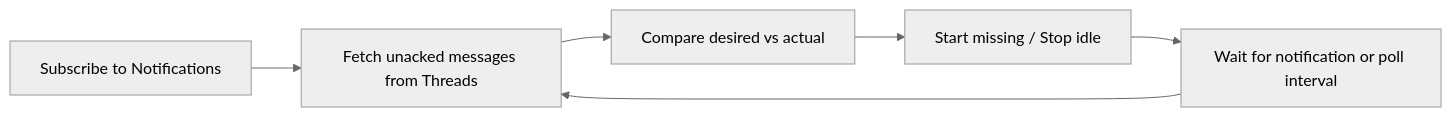
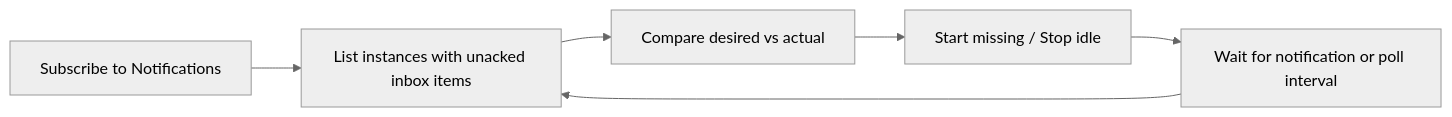
One commit to agynio/architecture changed the second of 4 diagrams in architecture/agents-orchestrator.md. Above: the diagram before and after it, drawn with Mermaid (neutral theme). The commit also changed other lines of this file and 10 other files, not shown here.

````diff
--- a/architecture/agents-orchestrator.md
+++ b/architecture/agents-orchestrator.md
@@ -50,8 +50,8 @@
 ```mermaid
 graph LR
-    Subscribe[Subscribe to Notifications] --> Fetch[Fetch unacked messages from Threads]
+    Subscribe[Subscribe to Notifications] --> Fetch[List instances with unacked inbox items]
     Fetch --> Compare[Compare desired vs actual]
     Compare --> Act[Start missing / Stop idle]
     Act --> Wait[Wait for notification or poll interval]
     Wait --> Fetch
 ```
````
